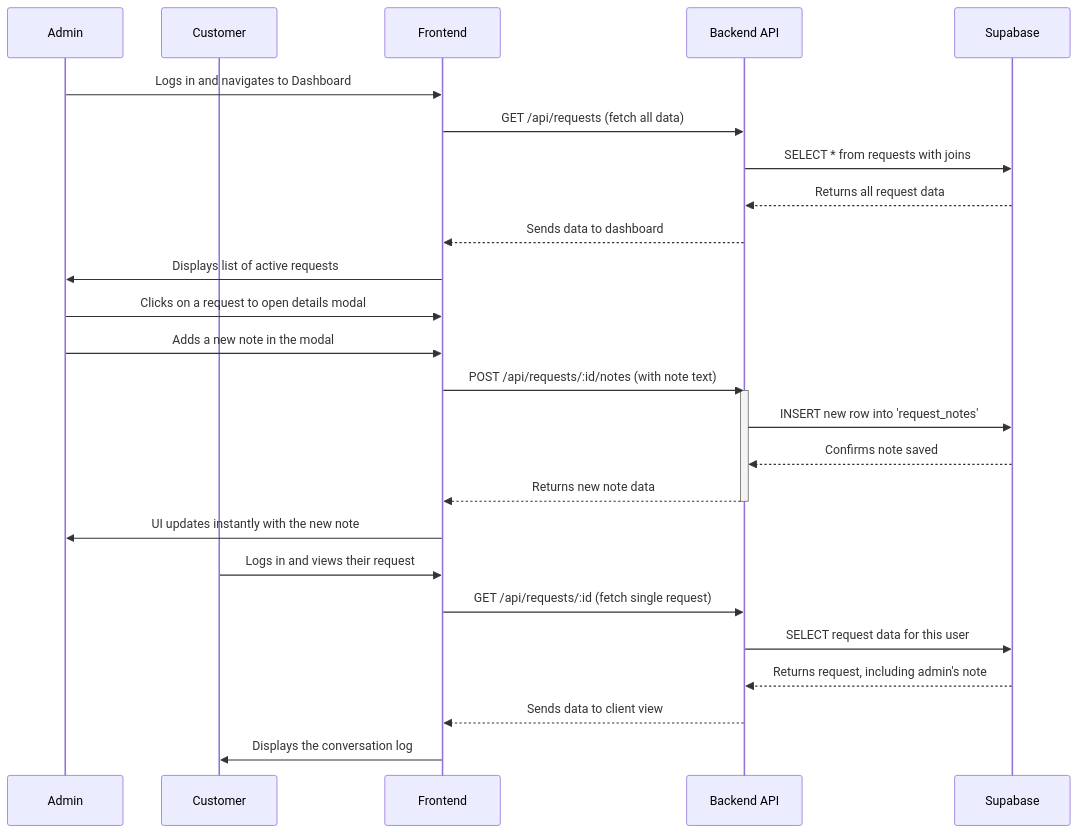
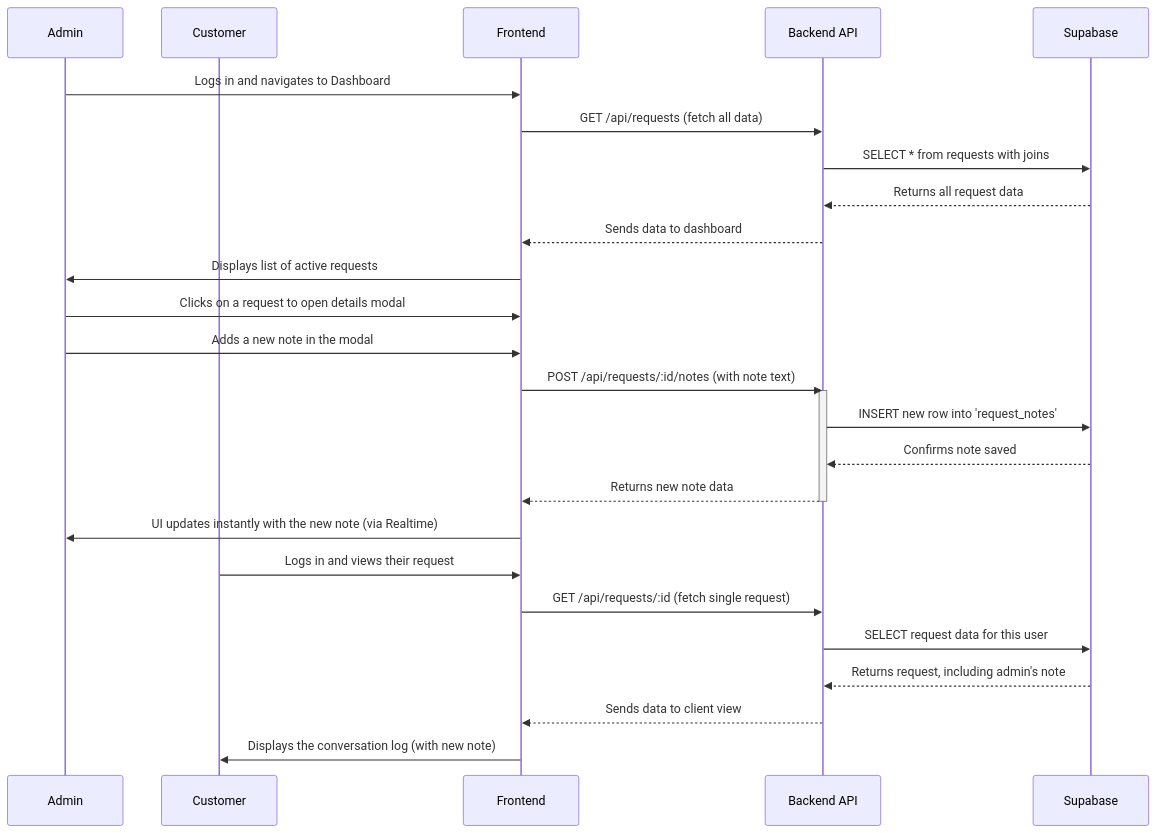
The second of 4 diagrams in README.md (richfrem/PlumbingPoC), drawn with Mermaid before and after one commit. The commit also changed other lines of this file and 1 other file, not shown here.

````diff
--- a/README.md
+++ b/README.md
@@ -177,32 +161,32 @@
 ```mermaid
 sequenceDiagram
     participant Admin
     participant Customer
     participant Frontend
     participant Backend API
     participant Supabase
 
     Admin->>Frontend: Logs in and navigates to Dashboard
     Frontend->>Backend API: GET /api/requests (fetch all data)
     Backend API->>Supabase: SELECT * from requests with joins
     Supabase-->>Backend API: Returns all request data
     Backend API-->>Frontend: Sends data to dashboard
     Frontend->>Admin: Displays list of active requests
 
     Admin->>Frontend: Clicks on a request to open details modal
     Admin->>Frontend: Adds a new note in the modal
     Frontend->>Backend API: POST /api/requests/:id/notes (with note text)
     activate Backend API
     Backend API->>Supabase: INSERT new row into 'request_notes'
     Supabase-->>Backend API: Confirms note saved
     Backend API-->>Frontend: Returns new note data
     deactivate Backend API
-    Frontend->>Admin: UI updates instantly with the new note
+    Frontend->>Admin: UI updates instantly with the new note (via Realtime)
 
     Customer->>Frontend: Logs in and views their request
     Frontend->>Backend API: GET /api/requests/:id (fetch single request)
     Backend API->>Supabase: SELECT request data for this user
     Supabase-->>Backend API: Returns request, including admin's note
     Backend API-->>Frontend: Sends data to client view
-    Frontend->>Customer: Displays the conversation log
+    Frontend->>Customer: Displays the conversation log (with new note)
 ```
````
